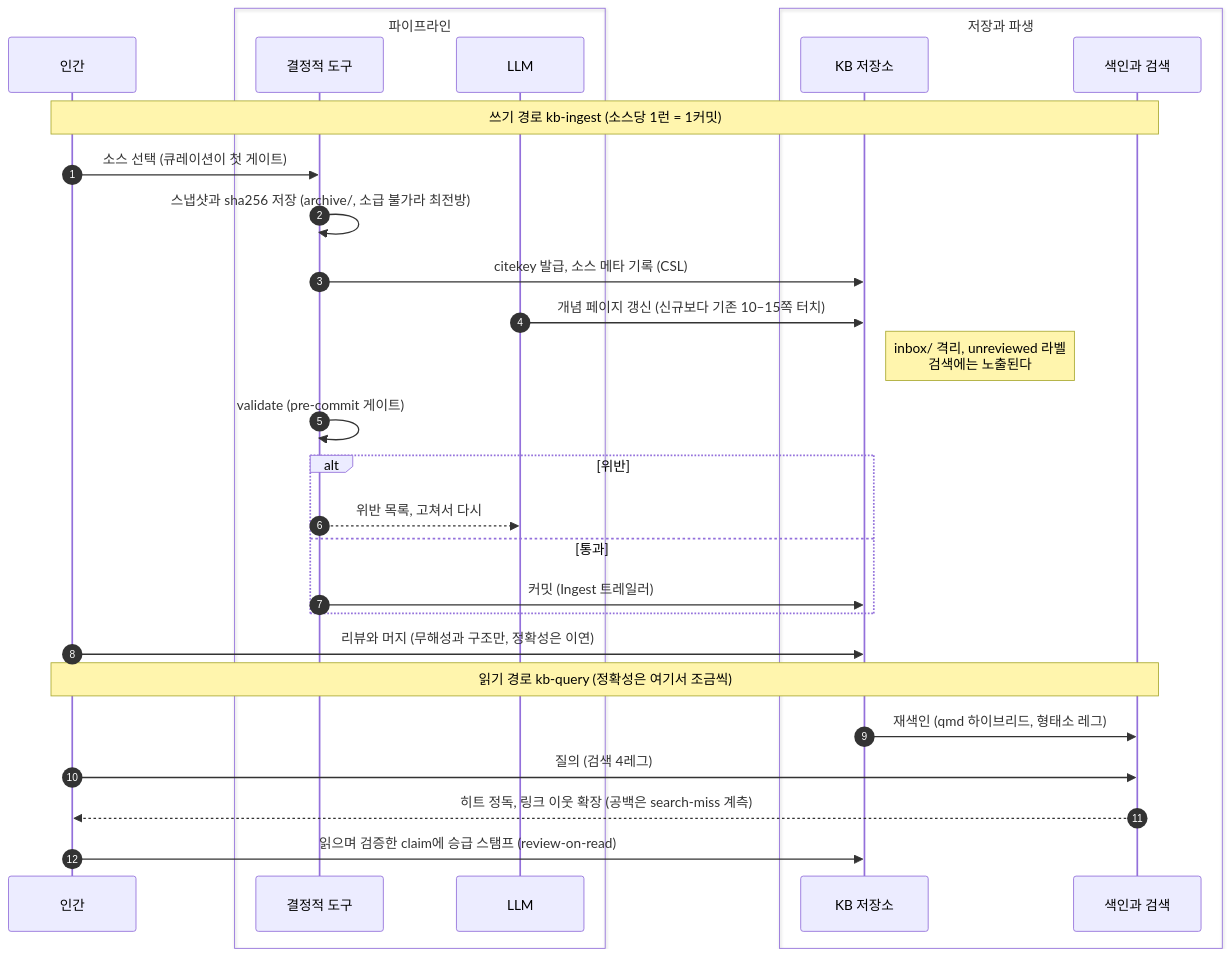
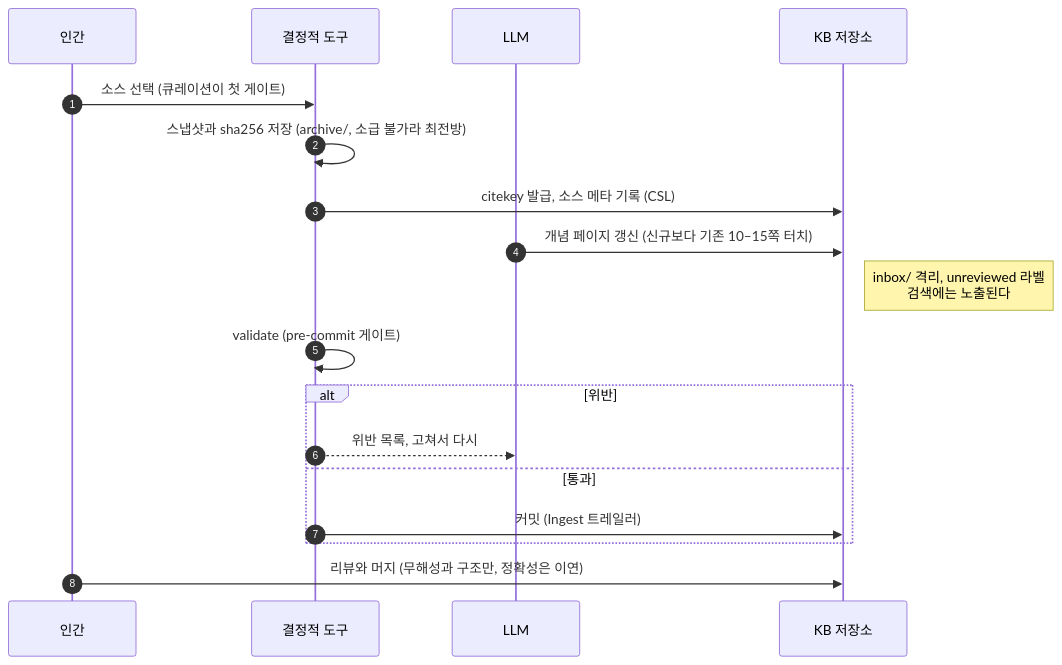
The second of 4 diagrams in README.md (alteralab/syntopicon), drawn with Mermaid before and after one commit. The commit also changed other lines of this file, not shown here.

Commit message:
plan: 파이프라인 다이어그램 2분할 — 경로마다 자기 참여자만
한 그림에 두 경로를 욱여넣으니 쓰기엔 불필요한 색인 열이, 읽기엔 LLM
열이 따라왔다. 나누면 각각 4열, 3열로 좁고 짧아진다.

````diff
--- a/README.md
+++ b/README.md
@@ -40,33 +42,21 @@
 ```mermaid
 sequenceDiagram
     autonumber
     participant H as 인간
-    box transparent 파이프라인
-        participant T as 결정적 도구
-        participant L as LLM
-    end
-    box transparent 저장과 파생
-        participant K as KB 저장소
-        participant S as 색인과 검색
-    end
+    participant T as 결정적 도구
+    participant L as LLM
+    participant K as KB 저장소
 
-    note over H,S: 쓰기 경로 kb-ingest (소스당 1런 = 1커밋)
     H->>T: 소스 선택 (큐레이션이 첫 게이트)
     T->>T: 스냅샷과 sha256 저장 (archive/, 소급 불가라 최전방)
     T->>K: citekey 발급, 소스 메타 기록 (CSL)
     L->>K: 개념 페이지 갱신 (신규보다 기존 10–15쪽 터치)
     note right of K: inbox/ 격리, unreviewed 라벨<br/>검색에는 노출된다
     T->>T: validate (pre-commit 게이트)
     alt 위반
         T-->>L: 위반 목록, 고쳐서 다시
     else 통과
         T->>K: 커밋 (Ingest 트레일러)
     end
     H->>K: 리뷰와 머지 (무해성과 구조만, 정확성은 이연)
-
-    note over H,S: 읽기 경로 kb-query (정확성은 여기서 조금씩)
-    K->>S: 재색인 (qmd 하이브리드, 형태소 레그)
-    H->>S: 질의 (검색 4레그)
-    S-->>H: 히트 정독, 링크 이웃 확장 (공백은 search-miss 계측)
-    H->>K: 읽으며 검증한 claim에 승급 스탬프 (review-on-read)
 ```
````
